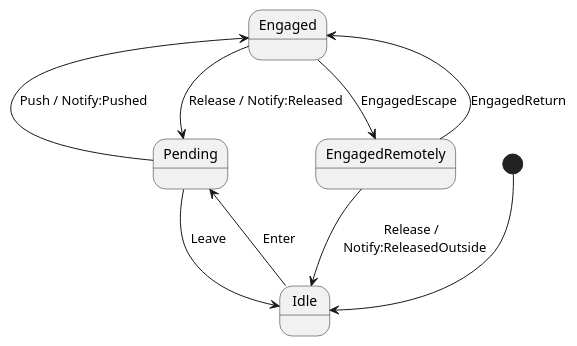
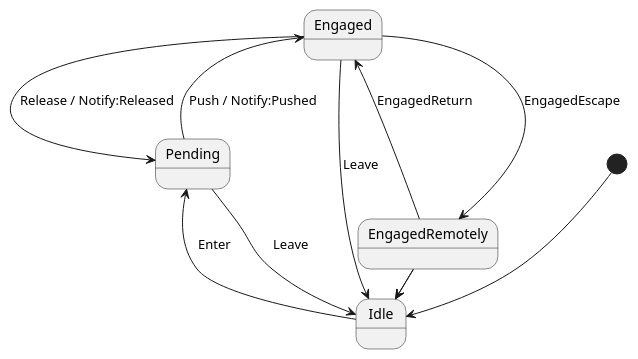
One commit to bobkocisko/libgui changed the diagram in Documentation/Button.puml. Above: the diagram before and after it, drawn with PlantUML. The commit also changed 13 other files, not shown here.

```diff
--- a/Documentation/Button.puml
+++ b/Documentation/Button.puml
@@ -1,13 +1,15 @@
 @startuml
 [*] --> Idle
 
 Idle --> Pending: Enter
 Pending --> Idle: Leave
+Engaged --> Idle: Leave
 Pending -left-> Engaged: Push / Notify:Pushed
 Engaged --> Pending: Release / Notify:Released
 Engaged --> EngagedRemotely: EngagedEscape
 EngagedRemotely --> Engaged: EngagedReturn
 EngagedRemotely -> Idle: Release / \n Notify:ReleasedOutside
+EngagedRemotely -> Idle: Leave
 
 
 @enduml
```
